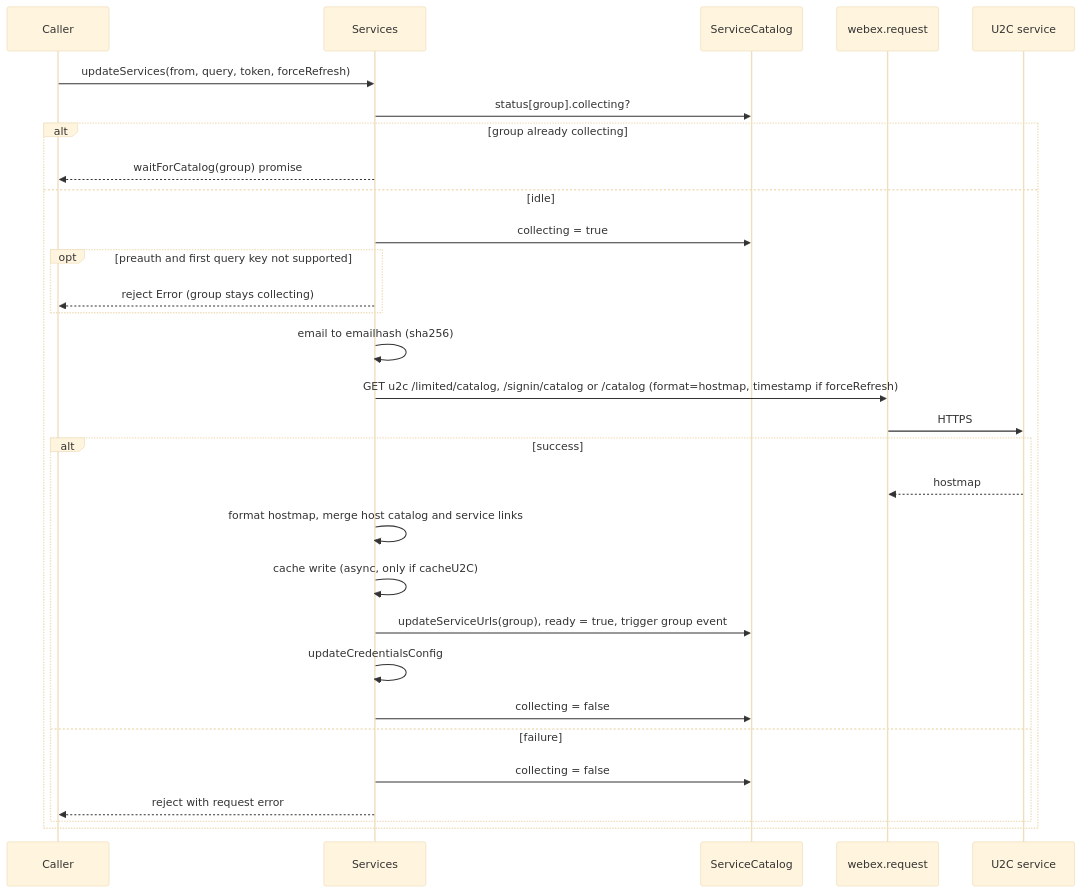
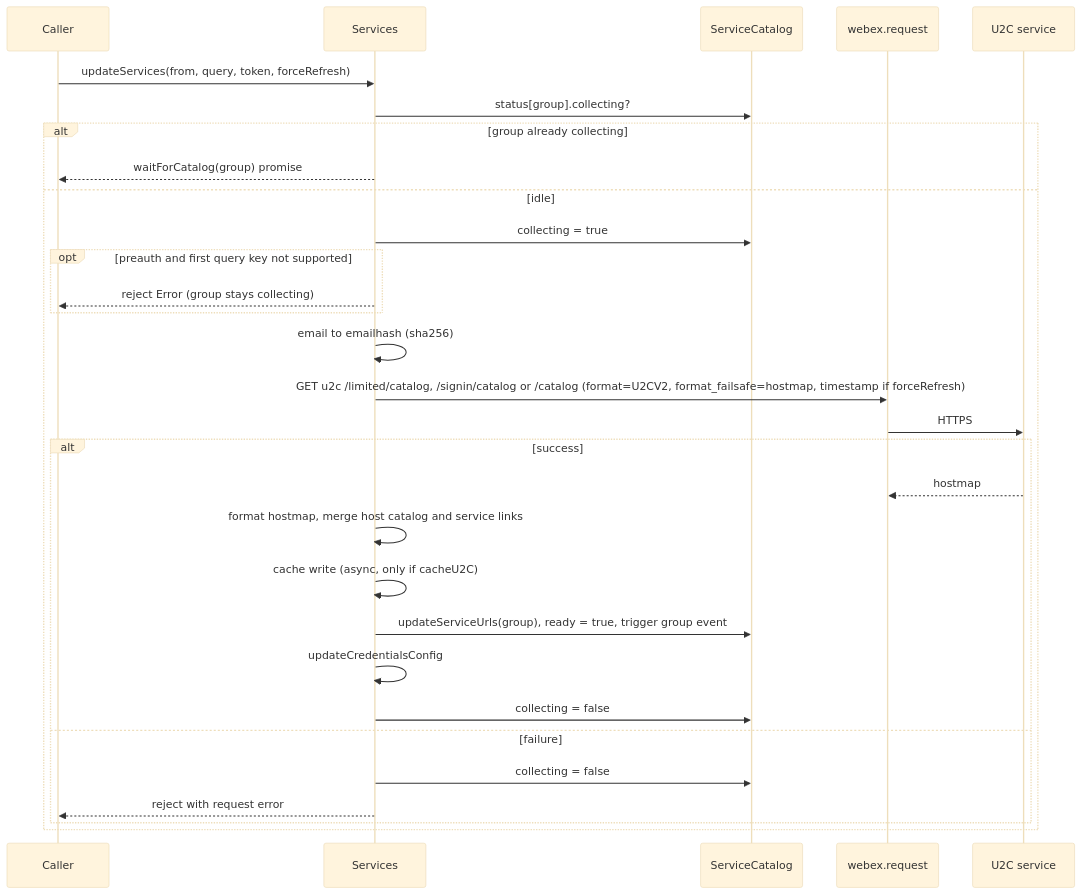
The first of 9 diagrams in packages/@webex/webex-core/src/lib/services/docs/README.md (webex/webex-js-sdk), drawn with Mermaid (base theme) before and after one commit. The commit also changed other lines of this file and 7 other files, not shown here.

````diff
--- a/packages/@webex/webex-core/src/lib/services/docs/README.md
+++ b/packages/@webex/webex-core/src/lib/services/docs/README.md
@@ -265,32 +265,32 @@
 ```mermaid
 sequenceDiagram
   participant Caller
   participant Svc as Services
   participant Cat as ServiceCatalog
   participant Req as webex.request
   participant U2C as U2C service
   Caller->>Svc: updateServices(from, query, token, forceRefresh)
   Svc->>Cat: status[group].collecting?
   alt group already collecting
     Svc-->>Caller: waitForCatalog(group) promise
   else idle
     Svc->>Cat: collecting = true
     opt preauth and first query key not supported
       Svc-->>Caller: reject Error (group stays collecting)
     end
     Svc->>Svc: email to emailhash (sha256)
-    Svc->>Req: GET u2c /limited/catalog, /signin/catalog or /catalog (format=hostmap, timestamp if forceRefresh)
+    Svc->>Req: GET u2c /limited/catalog, /signin/catalog or /catalog (format=U2CV2, format_failsafe=hostmap, timestamp if forceRefresh)
     Req->>U2C: HTTPS
     alt success
       U2C-->>Req: hostmap
       Svc->>Svc: format hostmap, merge host catalog and service links
       Svc->>Svc: cache write (async, only if cacheU2C)
       Svc->>Cat: updateServiceUrls(group), ready = true, trigger group event
       Svc->>Svc: updateCredentialsConfig
       Svc->>Cat: collecting = false
     else failure
       Svc->>Cat: collecting = false
       Svc-->>Caller: reject with request error
     end
   end
 ```
````
